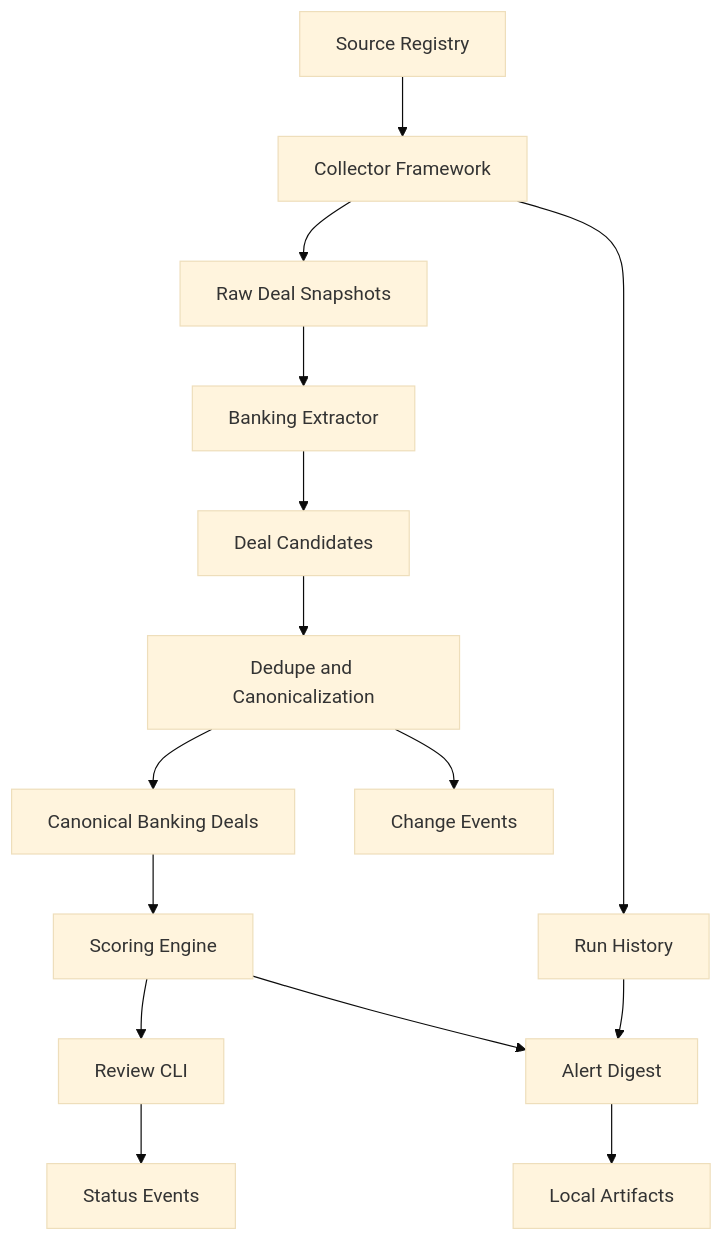
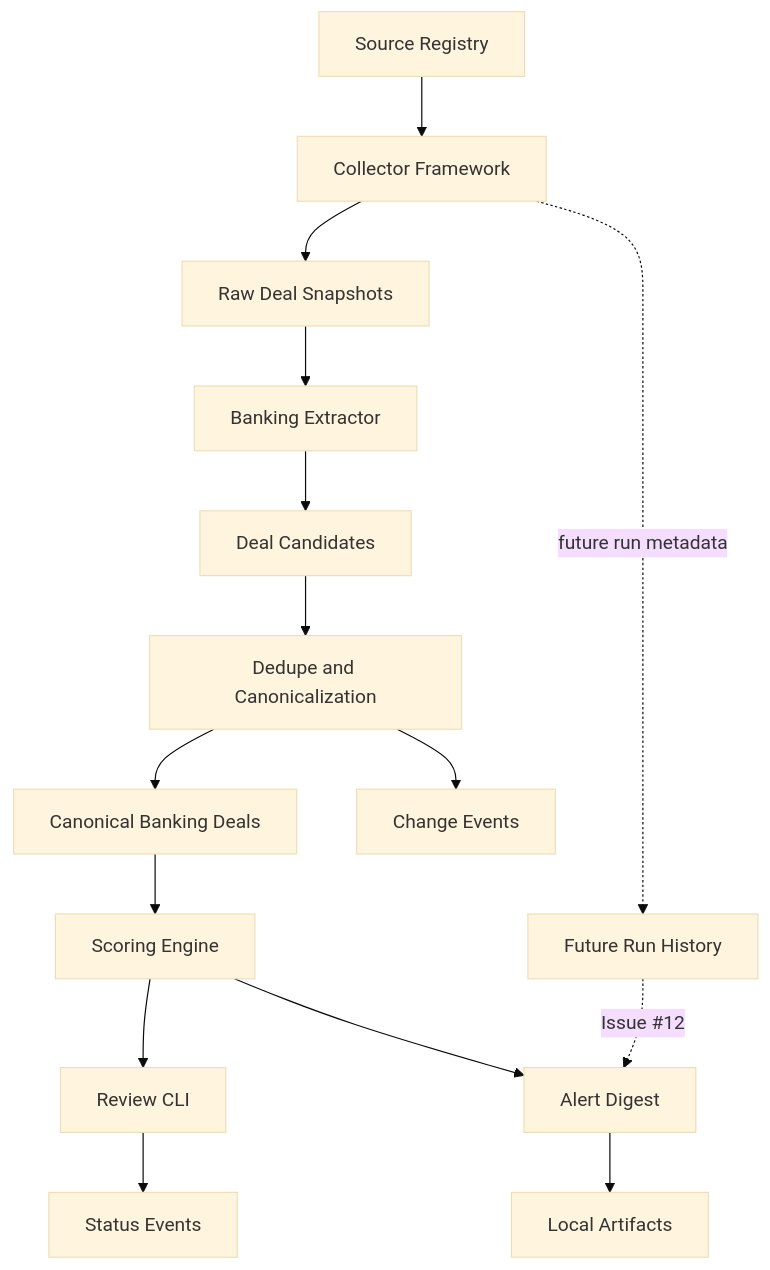
One commit to amanm02/PersonalDealIntelligence changed the diagram in docs/architecture/banking-mvp.md. Above: the diagram before and after it, drawn with Mermaid (base theme). The commit also changed other lines of this file and 4 other files, not shown here.

````diff
--- a/docs/architecture/banking-mvp.md
+++ b/docs/architecture/banking-mvp.md
@@ -37,17 +37,17 @@
 ```mermaid
 flowchart TD
   A[Source Registry] --> B[Collector Framework]
   B --> C[Raw Deal Snapshots]
   C --> D[Banking Extractor]
   D --> E[Deal Candidates]
   E --> F[Dedupe and Canonicalization]
   F --> G[Canonical Banking Deals]
   G --> H[Scoring Engine]
   H --> I[Review CLI]
   H --> J[Alert Digest]
   F --> K[Change Events]
   I --> L[Status Events]
   J --> M[Local Artifacts]
-  N[Run History] --> J
-  B --> N
+  N[Future Run History] -. Issue #12 .-> J
+  B -. future run metadata .-> N
 ```
````
